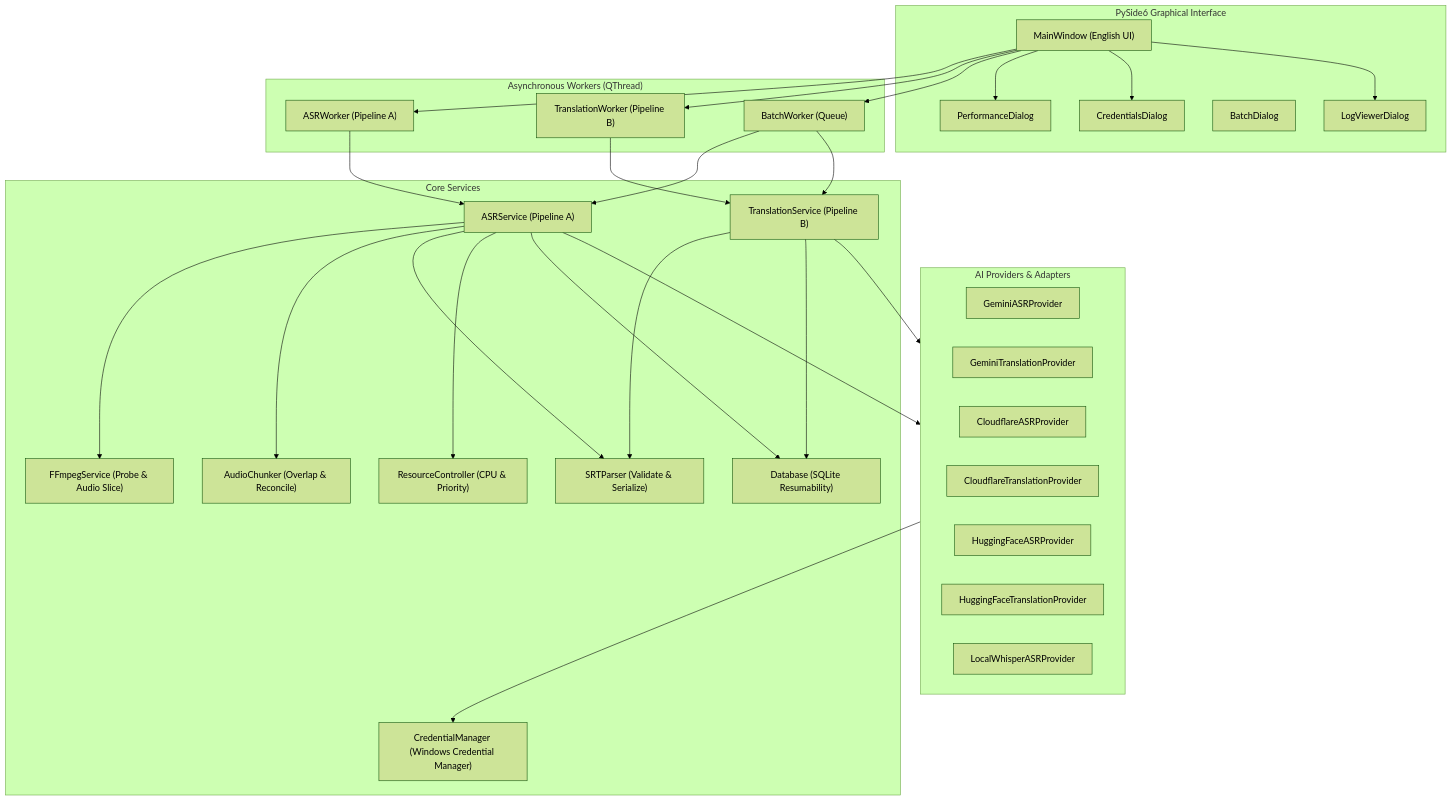
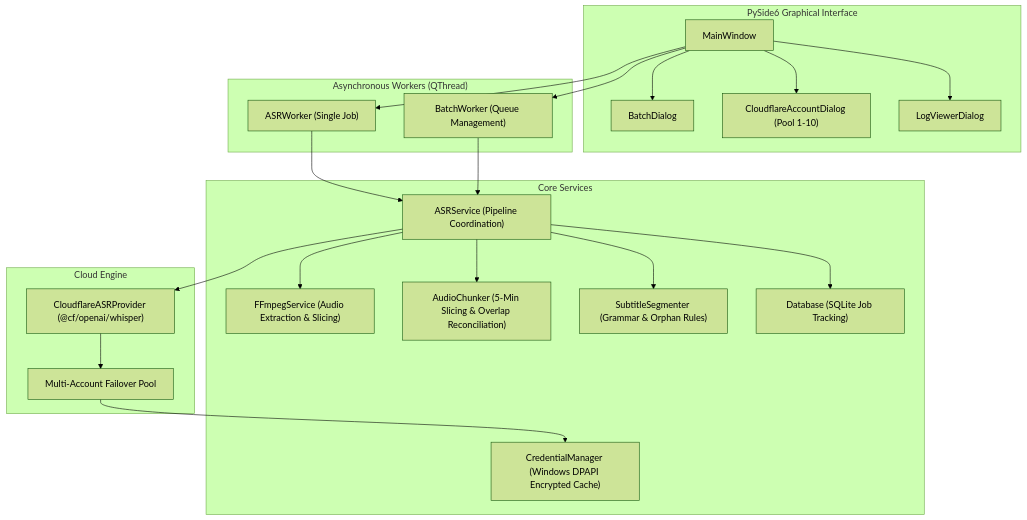
One commit to AliDevCore/Online-Subtitle-Generator changed the diagram in docs/ARCHITECTURE.md. Above: the diagram before and after it, drawn with Mermaid (forest theme). The commit also changed other lines of this file and 25 other files, not shown here.

````diff
--- a/docs/ARCHITECTURE.md
+++ b/docs/ARCHITECTURE.md
@@ -3,62 +3,46 @@
 ```mermaid
 flowchart TD
     subgraph UI ["PySide6 Graphical Interface"]
-        MainWindow["MainWindow (English UI)"]
-        PerfDialog["PerformanceDialog"]
-        CredDialog["CredentialsDialog"]
+        MainWindow["MainWindow"]
         BatchDialog["BatchDialog"]
+        AccountDialog["CloudflareAccountDialog (Pool 1-10)"]
         LogViewer["LogViewerDialog"]
     end
 
     subgraph Workers ["Asynchronous Workers (QThread)"]
-        ASRWorker["ASRWorker (Pipeline A)"]
-        TransWorker["TranslationWorker (Pipeline B)"]
-        BatchWorker["BatchWorker (Queue)"]
+        ASRWorker["ASRWorker (Single Job)"]
+        BatchWorker["BatchWorker (Queue Management)"]
     end
 
     subgraph CoreServices ["Core Services"]
-        FFmpegSvc["FFmpegService (Probe & Audio Slice)"]
-        ASRSvc["ASRService (Pipeline A)"]
-        TransSvc["TranslationService (Pipeline B)"]
-        Chunker["AudioChunker (Overlap & Reconcile)"]
-        SRTParser["SRTParser (Validate & Serialize)"]
-        ResCtrl["ResourceController (CPU & Priority)"]
-        CredMgr["CredentialManager (Windows Credential Manager)"]
-        DB["Database (SQLite Resumability)"]
+        FFmpegSvc["FFmpegService (Audio Extraction & Slicing)"]
+        ASRSvc["ASRService (Pipeline Coordination)"]
+        Chunker["AudioChunker (5-Min Slicing & Overlap Reconciliation)"]
+        Segmenter["SubtitleSegmenter (Grammar & Orphan Rules)"]
+        CredMgr["CredentialManager (Windows DPAPI Encrypted Cache)"]
+        DB["Database (SQLite Job Tracking)"]
     end
 
-    subgraph Providers ["AI Providers & Adapters"]
-        GeminiASR["GeminiASRProvider"]
-        GeminiTrans["GeminiTranslationProvider"]
-        CF_ASR["CloudflareASRProvider"]
-        CF_Trans["CloudflareTranslationProvider"]
-        HF_ASR["HuggingFaceASRProvider"]
-        HF_Trans["HuggingFaceTranslationProvider"]
-        LocalWhisper["LocalWhisperASRProvider"]
+    subgraph CloudEngine ["Cloud Engine"]
+        CF_ASR["CloudflareASRProvider (@cf/openai/whisper)"]
+        Pool["Multi-Account Failover Pool"]
     end
 
     MainWindow --> ASRWorker
-    MainWindow --> TransWorker
     MainWindow --> BatchWorker
-    MainWindow --> PerfDialog
-    MainWindow --> CredDialog
+    MainWindow --> BatchDialog
+    MainWindow --> AccountDialog
     MainWindow --> LogViewer
 
     ASRWorker --> ASRSvc
-    TransWorker --> TransSvc
     BatchWorker --> ASRSvc
-    BatchWorker --> TransSvc
 
     ASRSvc --> FFmpegSvc
     ASRSvc --> Chunker
-    ASRSvc --> SRTParser
-    ASRSvc --> ResCtrl
+    ASRSvc --> CF_ASR
+    ASRSvc --> Segmenter
     ASRSvc --> DB
-    ASRSvc --> Providers
 
-    TransSvc --> SRTParser
-    TransSvc --> DB
-    TransSvc --> Providers
-
-    Providers --> CredMgr
+    CF_ASR --> Pool
+    Pool --> CredMgr
 ```
````
